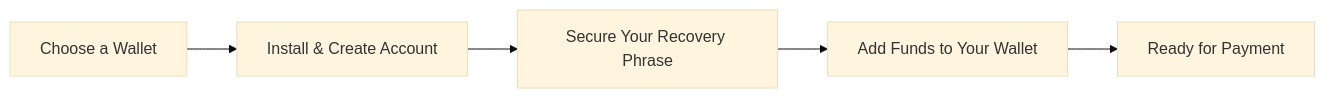
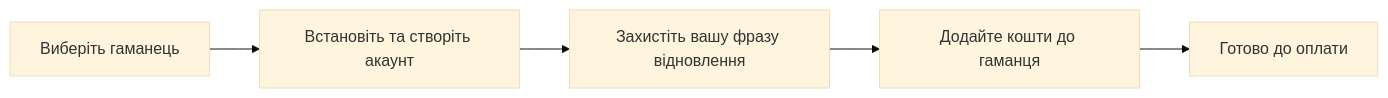
One commit to forwardemail/forwardemail.net changed the third of 3 diagrams in app/views/docs/crypto-payments-privacy-email-service/index-uk.md. Above: the diagram before and after it, drawn with Mermaid (base theme). The commit also changed other lines of this file and 1055 other files, not shown here.

````diff
--- a/app/views/docs/crypto-payments-privacy-email-service/index-uk.md
+++ b/app/views/docs/crypto-payments-privacy-email-service/index-uk.md
@@ -95,7 +100,7 @@
 ```mermaid
 flowchart LR
-    A[Choose a Wallet] --> B[Install & Create Account]
-    B --> C[Secure Your Recovery Phrase]
-    C --> D[Add Funds to Your Wallet]
-    D --> E[Ready for Payment]
+    A[Виберіть гаманець] --> B[Встановіть та створіть акаунт]
+    B --> C[Захистіть вашу фразу відновлення]
+    C --> D[Додайте кошти до гаманця]
+    D --> E[Готово до оплати]
 ```
````
